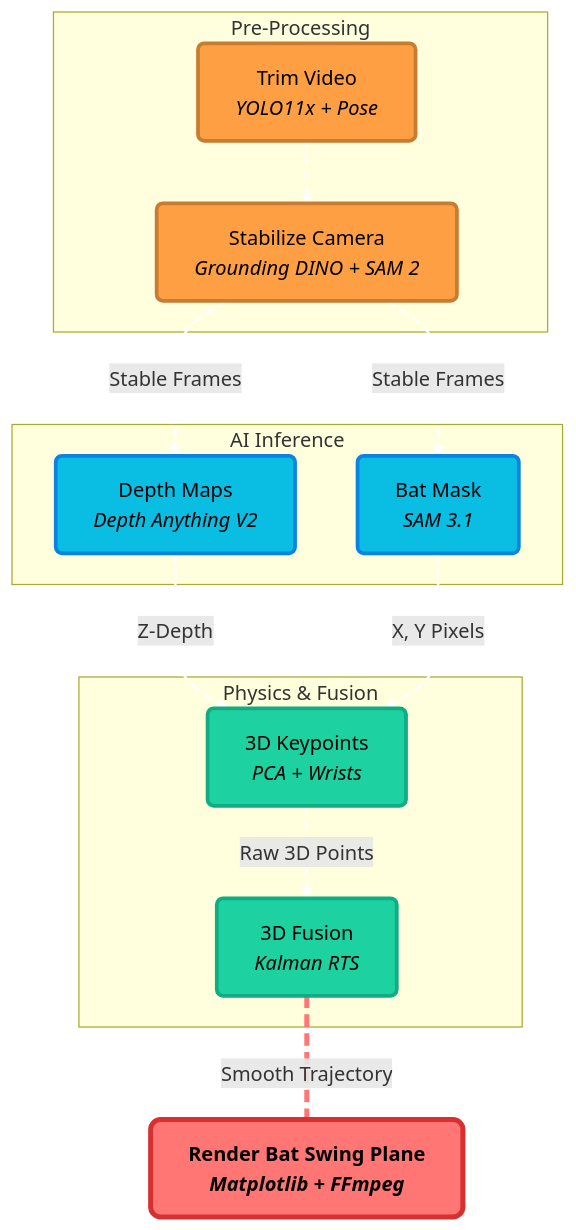
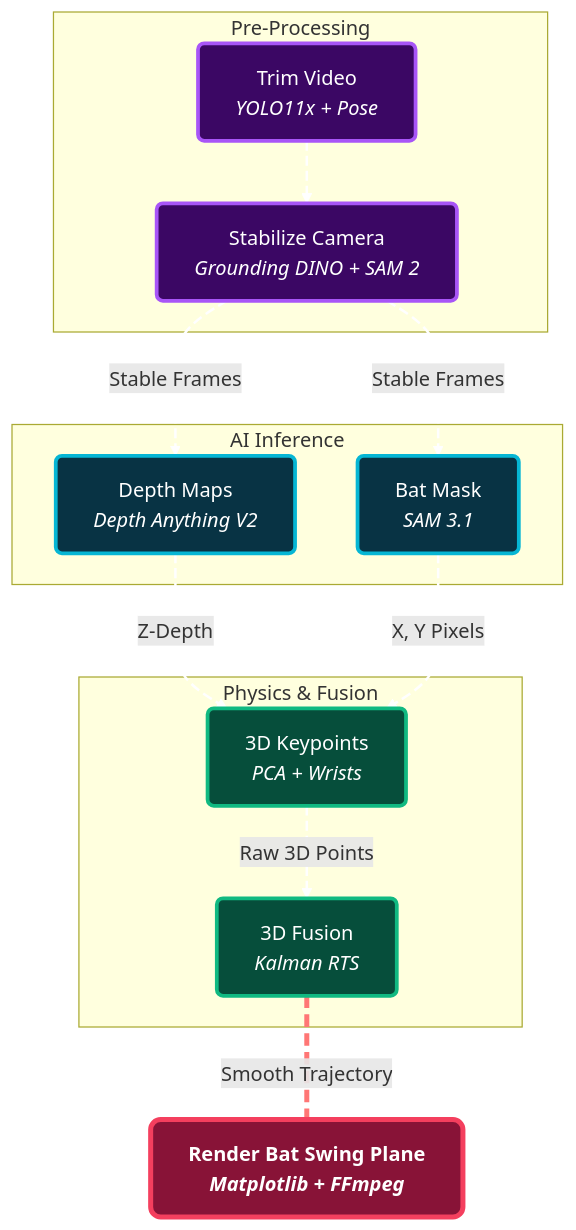
One commit to adnanmsk/blog_privew changed the fifth of 5 diagrams in pipeline_diagrams.md. Above: the diagram before and after it, drawn with Mermaid.

Commit message:
Upgrade Option 5 colors to beautiful high-contrast deep neon palette

````diff
--- a/pipeline_diagrams.md
+++ b/pipeline_diagrams.md
@@ -150,29 +150,29 @@
 ```mermaid
 graph TD
     %% Custom Premium Styles
-    classDef prep fill:#ff9f43,stroke:#c87b32,color:#000,stroke-width:3px,rx:5px,ry:5px;
-    classDef infer fill:#0abde3,stroke:#0984e3,color:#000,stroke-width:3px,rx:5px,ry:5px;
-    classDef phys fill:#1dd1a1,stroke:#10ac84,color:#000,stroke-width:3px,rx:5px,ry:5px;
-    classDef out fill:#ff7675,stroke:#d63031,color:#000,stroke-width:4px,rx:8px,ry:8px,font-weight:bold;
+    classDef prep fill:#3b0764,stroke:#a855f7,color:#fff,stroke-width:3px,rx:5px,ry:5px;
+    classDef infer fill:#083344,stroke:#06b6d4,color:#fff,stroke-width:3px,rx:5px,ry:5px;
+    classDef phys fill:#064e3b,stroke:#10b981,color:#fff,stroke-width:3px,rx:5px,ry:5px;
+    classDef out fill:#881337,stroke:#f43f5e,color:#fff,stroke-width:4px,rx:8px,ry:8px,font-weight:bold;
 
     subgraph Pre-Processing
         T["Trim Video<br><i>YOLO11x + Pose</i>"]:::prep --> S["Stabilize Camera<br><i>Grounding DINO + SAM 2</i>"]:::prep
     end
     
     subgraph AI Inference
         S -- "Stable Frames" --> D["Depth Maps<br><i>Depth Anything V2</i>"]:::infer
         S -- "Stable Frames" --> Seg["Bat Mask<br><i>SAM 3.1</i>"]:::infer
     end
     
     subgraph Physics & Fusion
         D -- "Z-Depth" --> K["3D Keypoints<br><i>PCA + Wrists</i>"]:::phys
         Seg -- "X, Y Pixels" --> K
         K -- "Raw 3D Points" --> F["3D Fusion<br><i>Kalman RTS</i>"]:::phys
     end
     
     F == "Smooth Trajectory" === R["Render Bat Swing Plane<br><i>Matplotlib + FFmpeg</i>"]:::out
 
     %% Animation like Option 3
     linkStyle 0,1,2,3,4,5 stroke:#fff,stroke-width:2px,stroke-dasharray: 8 4;
     linkStyle 6 stroke:#ff7675,stroke-width:4px,stroke-dasharray: 10 5;
 ```
````
